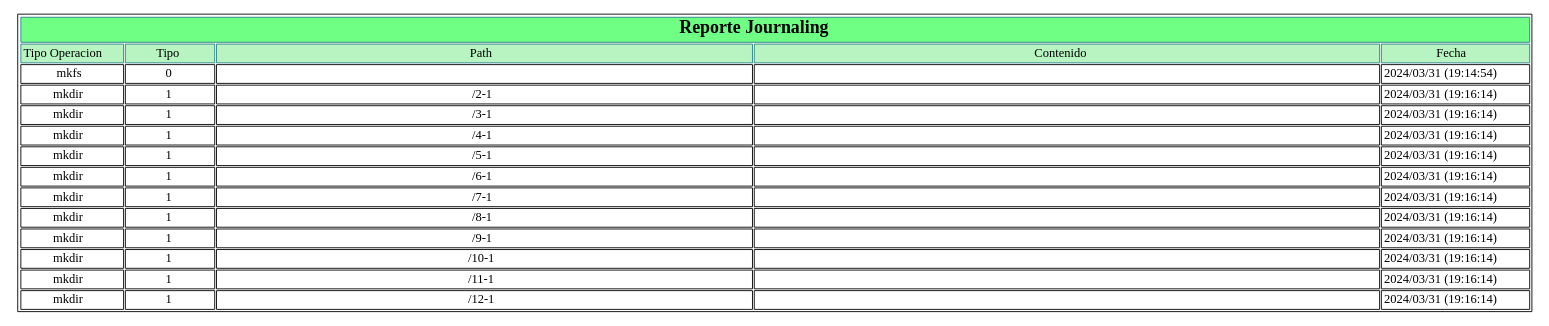
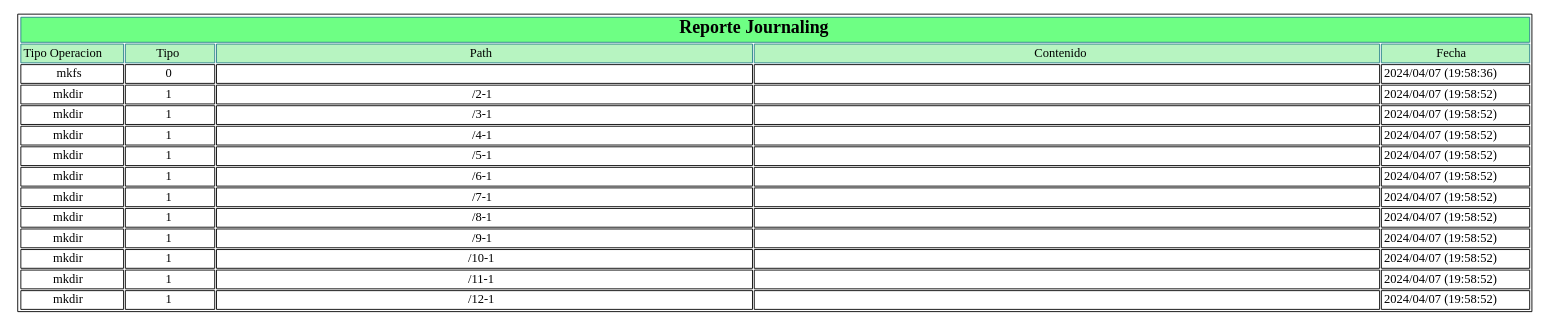
The diagram in Backend/MIA/P1/Reports/reporte9_journaling.dot (Iskandar1412/MIA_P2_201906051_S12024), drawn with Graphviz before and after one commit. The commit also changed 85 other files, not shown here.

```diff
--- a/Backend/MIA/P1/Reports/reporte9_journaling.dot
+++ b/Backend/MIA/P1/Reports/reporte9_journaling.dot
@@ -1,101 +1,101 @@
 digraph G {
 	node[shape=none];
 	start[label=<
 		<table>
 			<tr>
 				<td colspan="5" bgcolor="#6eff84" color="#298089"><font point-size="20"><b>Reporte Journaling</b></font></td>
 			</tr>
 			<tr>
 				<td bgcolor="#b7f4c1" color="#298089" width="100">Tipo Operacion</td>
 				<td bgcolor="#b7f4c1" color="#298089" width="100">Tipo</td>
 				<td bgcolor="#b7f4c1" color="#298089" width="600">Path</td>
 				<td bgcolor="#b7f4c1" color="#298089" width="700">Contenido</td>
 				<td bgcolor="#b7f4c1" color="#298089" width="150">Fecha</td>
 			</tr>
 			<tr>
 				<td>mkfs</td>
 				<td>0</td>
 				<td></td>
 				<td></td>
-				<td>2024/03/31 (19:14:54)</td>
+				<td>2024/04/07 (19:58:36)</td>
 			</tr>
 			<tr>
 				<td>mkdir</td>
 				<td>1</td>
 				<td>/2-1</td>
 				<td></td>
-				<td>2024/03/31 (19:16:14)</td>
+				<td>2024/04/07 (19:58:52)</td>
 			</tr>
 			<tr>
 				<td>mkdir</td>
 				<td>1</td>
 				<td>/3-1</td>
 				<td></td>
-				<td>2024/03/31 (19:16:14)</td>
+				<td>2024/04/07 (19:58:52)</td>
 			</tr>
 			<tr>
 				<td>mkdir</td>
 				<td>1</td>
 				<td>/4-1</td>
 				<td></td>
-				<td>2024/03/31 (19:16:14)</td>
+				<td>2024/04/07 (19:58:52)</td>
 			</tr>
 			<tr>
 				<td>mkdir</td>
 				<td>1</td>
 				<td>/5-1</td>
 				<td></td>
-				<td>2024/03/31 (19:16:14)</td>
+				<td>2024/04/07 (19:58:52)</td>
 			</tr>
 			<tr>
 				<td>mkdir</td>
 				<td>1</td>
 				<td>/6-1</td>
 				<td></td>
-				<td>2024/03/31 (19:16:14)</td>
+				<td>2024/04/07 (19:58:52)</td>
 			</tr>
 			<tr>
 				<td>mkdir</td>
 				<td>1</td>
 				<td>/7-1</td>
 				<td></td>
-				<td>2024/03/31 (19:16:14)</td>
+				<td>2024/04/07 (19:58:52)</td>
 			</tr>
 			<tr>
 				<td>mkdir</td>
 				<td>1</td>
 				<td>/8-1</td>
 				<td></td>
-				<td>2024/03/31 (19:16:14)</td>
+				<td>2024/04/07 (19:58:52)</td>
 			</tr>
 			<tr>
 				<td>mkdir</td>
 				<td>1</td>
 				<td>/9-1</td>
 				<td></td>
-				<td>2024/03/31 (19:16:14)</td>
+				<td>2024/04/07 (19:58:52)</td>
 			</tr>
 			<tr>
 				<td>mkdir</td>
 				<td>1</td>
 				<td>/10-1</td>
 				<td></td>
-				<td>2024/03/31 (19:16:14)</td>
+				<td>2024/04/07 (19:58:52)</td>
 			</tr>
 			<tr>
 				<td>mkdir</td>
 				<td>1</td>
 				<td>/11-1</td>
 				<td></td>
-				<td>2024/03/31 (19:16:14)</td>
+				<td>2024/04/07 (19:58:52)</td>
 			</tr>
 			<tr>
 				<td>mkdir</td>
 				<td>1</td>
 				<td>/12-1</td>
 				<td></td>
-				<td>2024/03/31 (19:16:14)</td>
+				<td>2024/04/07 (19:58:52)</td>
 			</tr>
 		</table>
 	>];
 }
```
